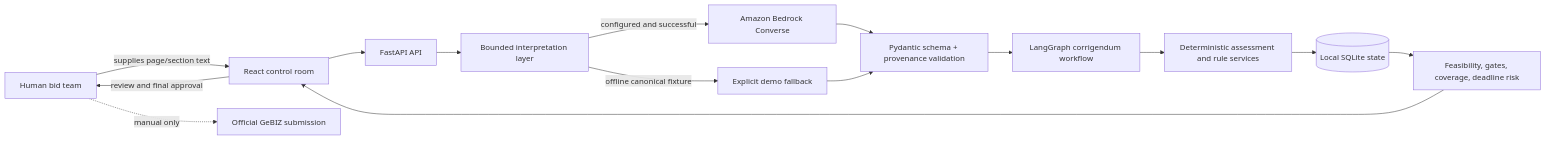
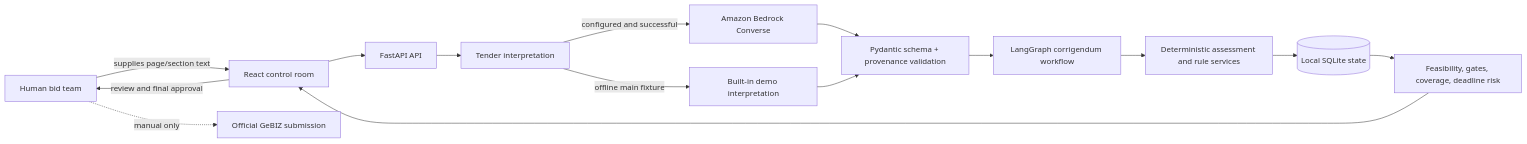
One commit to kanglinggggg/kiasubid changed the first of 3 diagrams in docs/PITCH_ASSETS.md. Above: the diagram before and after it, drawn with Mermaid. The commit also changed other lines of this file and 14 other files, not shown here.

````diff
--- a/docs/PITCH_ASSETS.md
+++ b/docs/PITCH_ASSETS.md
@@ -16,17 +16,17 @@
 ```mermaid
 flowchart LR
     H[Human bid team] -->|supplies page/section text| UI[React control room]
     UI --> API[FastAPI API]
-    API --> INT[Bounded interpretation layer]
+    API --> INT[Tender interpretation]
     INT -->|configured and successful| BR[Amazon Bedrock Converse]
-    INT -->|offline canonical fixture| FB[Explicit demo fallback]
+    INT -->|offline main fixture| FB[Built-in demo interpretation]
     BR --> VAL[Pydantic schema + provenance validation]
     FB --> VAL
     VAL --> WF[LangGraph corrigendum workflow]
     WF --> RULES[Deterministic assessment and rule services]
     RULES --> DB[(Local SQLite state)]
     DB --> METRICS[Feasibility, gates, coverage, deadline risk]
     METRICS --> UI
     UI -->|review and final approval| H
     H -.->|manual only| G[Official GeBIZ submission]
 ```
````
